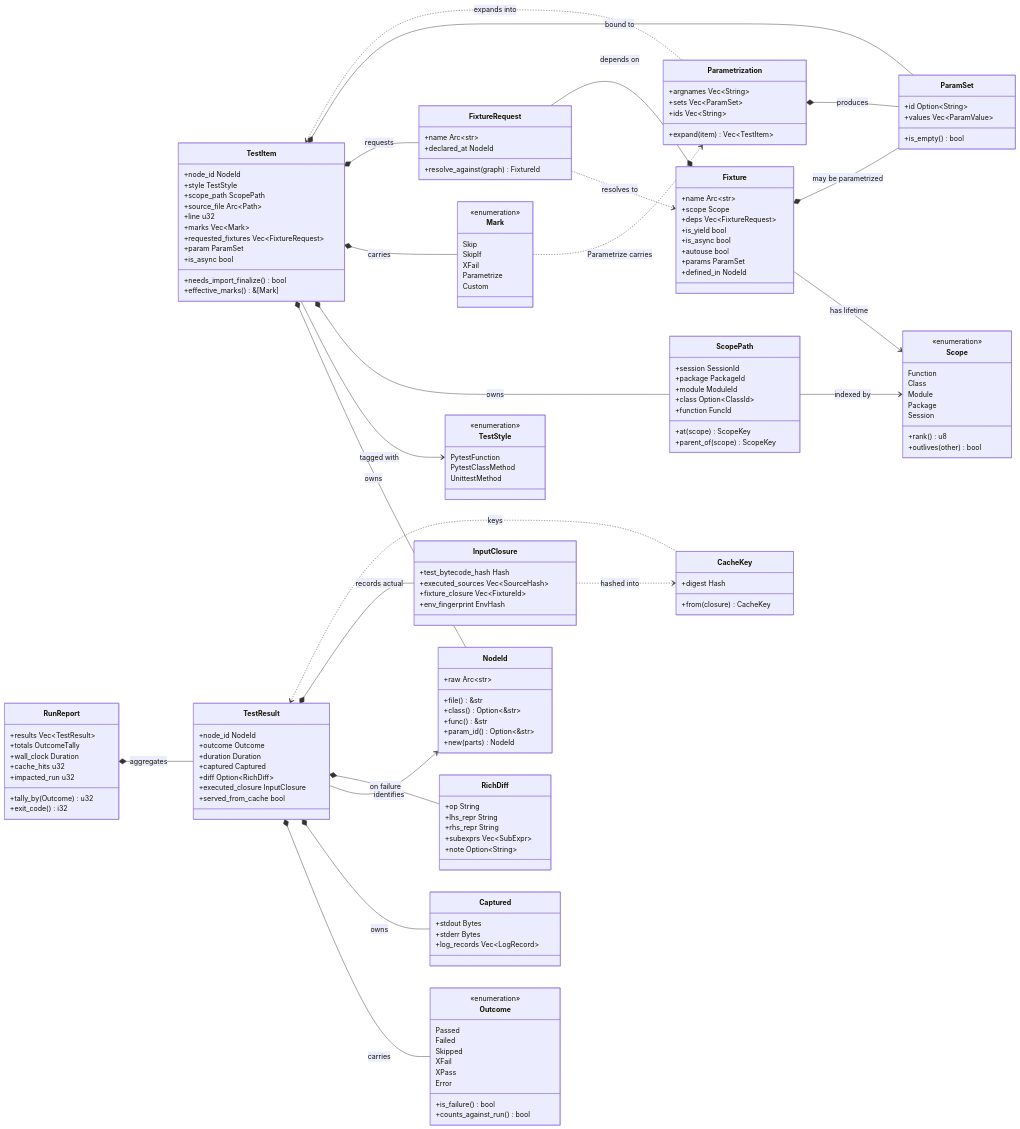
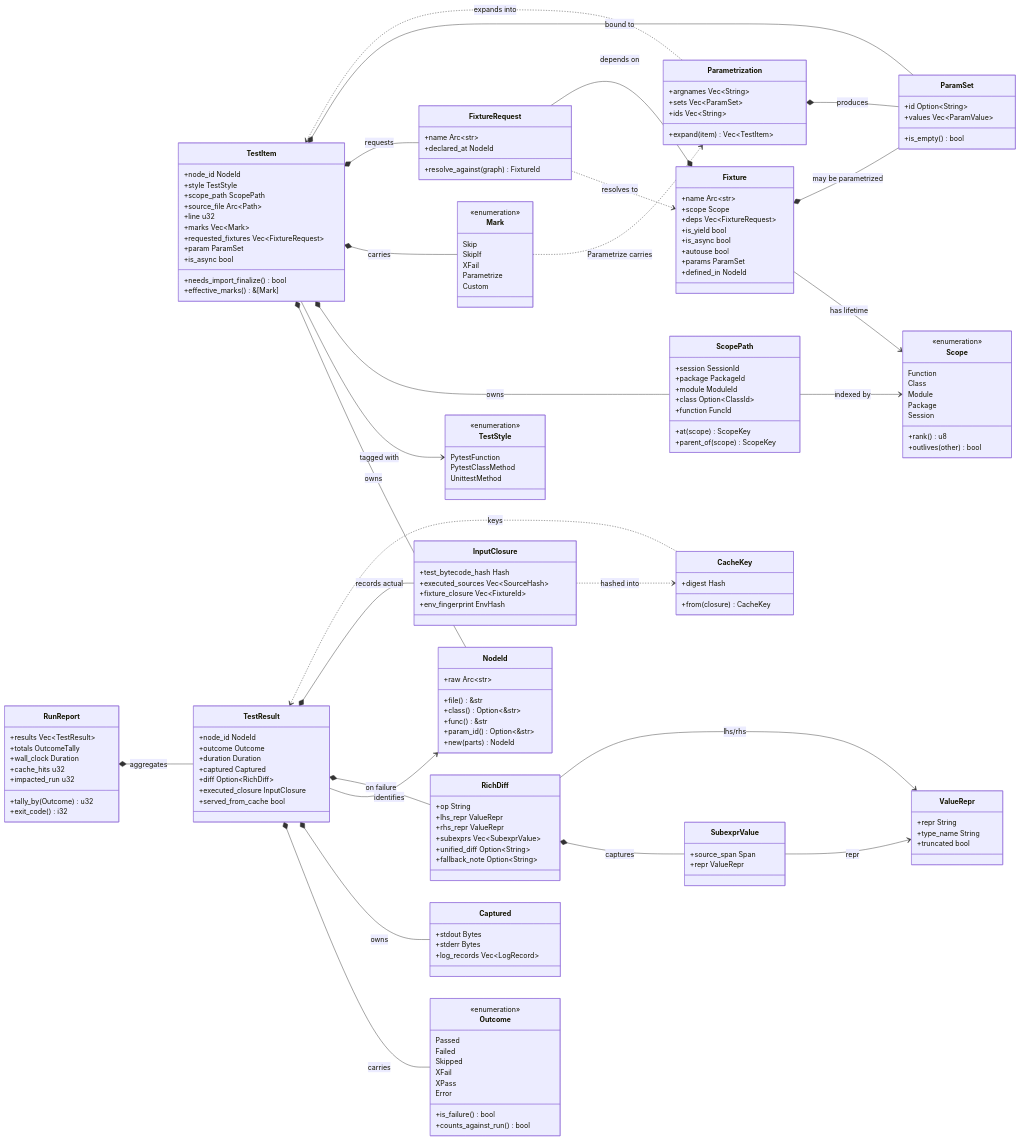
Before and after one commit to snoodleboot-io/tiderace: the first of 5 diagrams in planning/current/pure-rust-test-engine/design/02-domain-model.md, drawn with Mermaid. The commit also changed other lines of this file and 2 other files, not shown here.

Commit message:
Reconcile RichDiff shape across design docs (G-RD)
Align 02-domain-model's RichDiff with the canonical shape in 09-assertions:
op, lhs_repr/rhs_repr as ValueRepr, subexprs as Vec<SubexprValue>,
unified_diff, fallback_note. Add SubexprValue + ValueRepr to the 02
vocabulary and relationships; mark 02 as the owner of these shared types in
09. Mark the G-RD gap resolved in the Phase 4 plan.

```diff
--- a/planning/current/pure-rust-test-engine/design/02-domain-model.md
+++ b/planning/current/pure-rust-test-engine/design/02-domain-model.md
@@ -176,10 +176,22 @@
 
     class RichDiff {
         +op String
-        +lhs_repr String
-        +rhs_repr String
-        +subexprs Vec~SubExpr~
-        +note Option~String~
+        +lhs_repr ValueRepr
+        +rhs_repr ValueRepr
+        +subexprs Vec~SubexprValue~
+        +unified_diff Option~String~
+        +fallback_note Option~String~
+    }
+
+    class SubexprValue {
+        +source_span Span
+        +repr ValueRepr
+    }
+
+    class ValueRepr {
+        +repr String
+        +type_name String
+        +truncated bool
     }
 
     class RunReport {
@@ -228,6 +240,9 @@
     TestResult *-- Captured : owns
     TestResult --> NodeId : identifies
     TestResult *-- RichDiff : on failure
+    RichDiff *-- SubexprValue : captures
+    RichDiff --> ValueRepr : lhs/rhs
+    SubexprValue --> ValueRepr : repr
     TestResult *-- InputClosure : records actual
 
     RunReport *-- TestResult : aggregates
```
